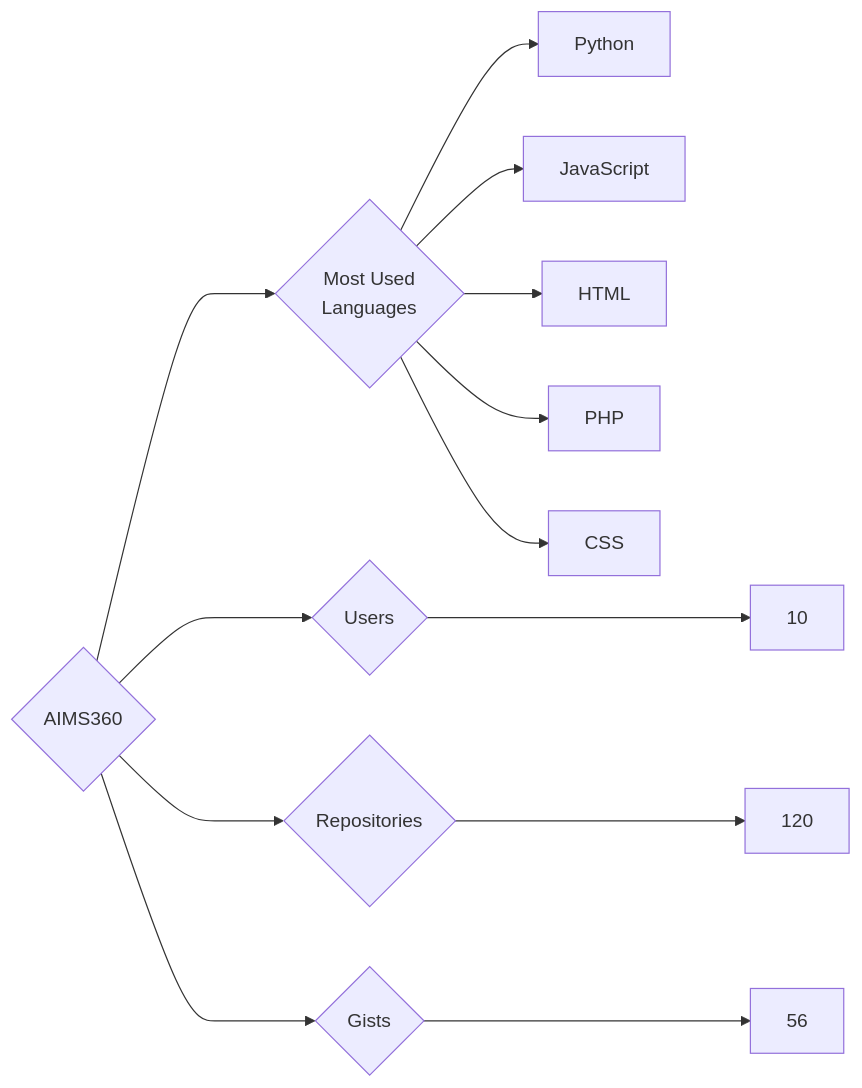
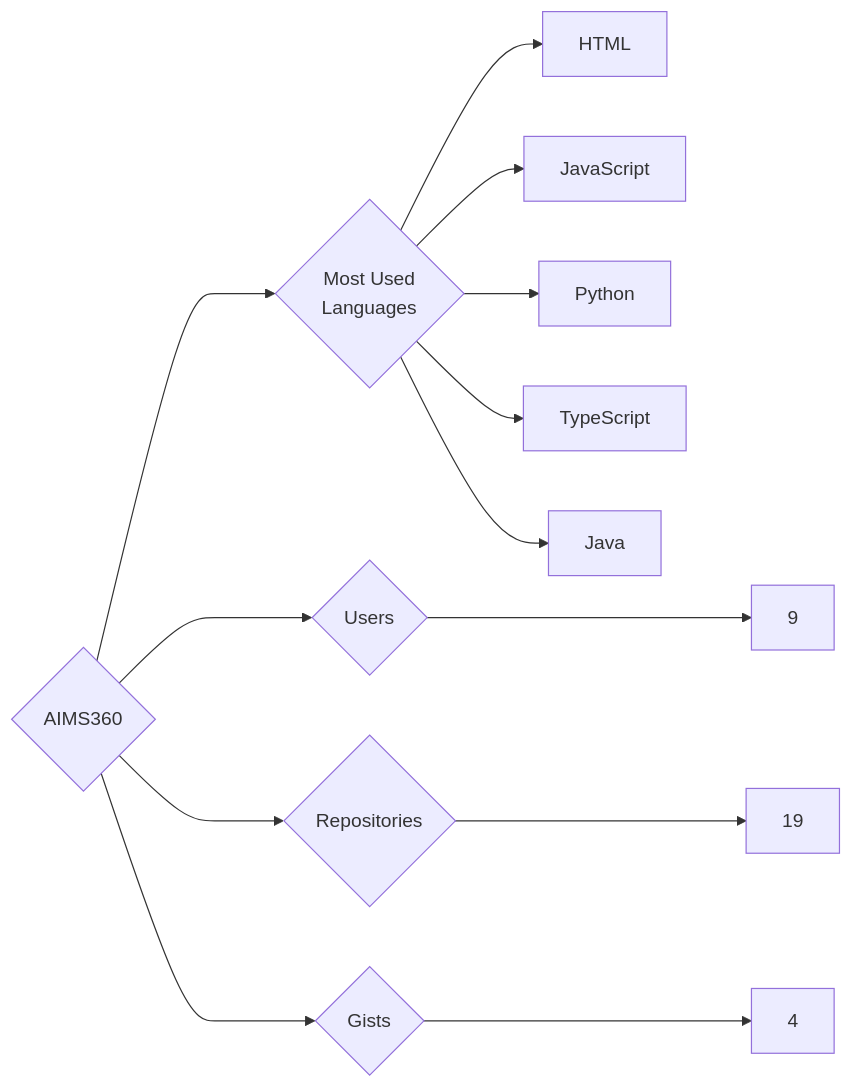
The diagram in targets/AIMS360/README.md (trickest/insiders), drawn with Mermaid before and after one commit. The commit also changed 1148 other files, not shown here.

````diff
--- a/targets/AIMS360/README.md
+++ b/targets/AIMS360/README.md
@@ -3,13 +3,13 @@
 ```mermaid
 graph LR
 COMPANY_NAME{AIMS360}
-COMPANY_NAME ---> U{Users} ---> UN[10]
-COMPANY_NAME ---> R{Repositories} ---> RN[120]
-COMPANY_NAME ---> G{Gists} ---> GN[56]
+COMPANY_NAME ---> U{Users} ---> UN[9]
+COMPANY_NAME ---> R{Repositories} ---> RN[19]
+COMPANY_NAME ---> G{Gists} ---> GN[4]
 COMPANY_NAME ---> ML{Most Used<br>Languages}
+ML --> HTML[HTML]
+ML --> JavaScript[JavaScript]
 ML --> Python[Python]
-ML --> JavaScript[JavaScript]
-ML --> HTML[HTML]
-ML --> PHP[PHP]
-ML --> CSS[CSS]
+ML --> TypeScript[TypeScript]
+ML --> Java[Java]
 ```
````
